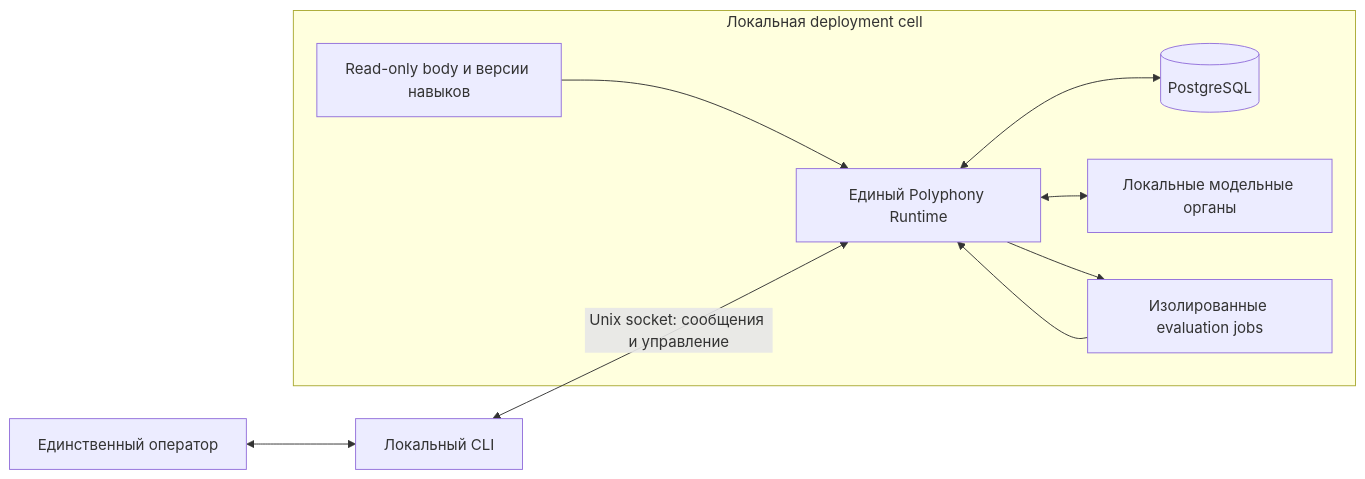
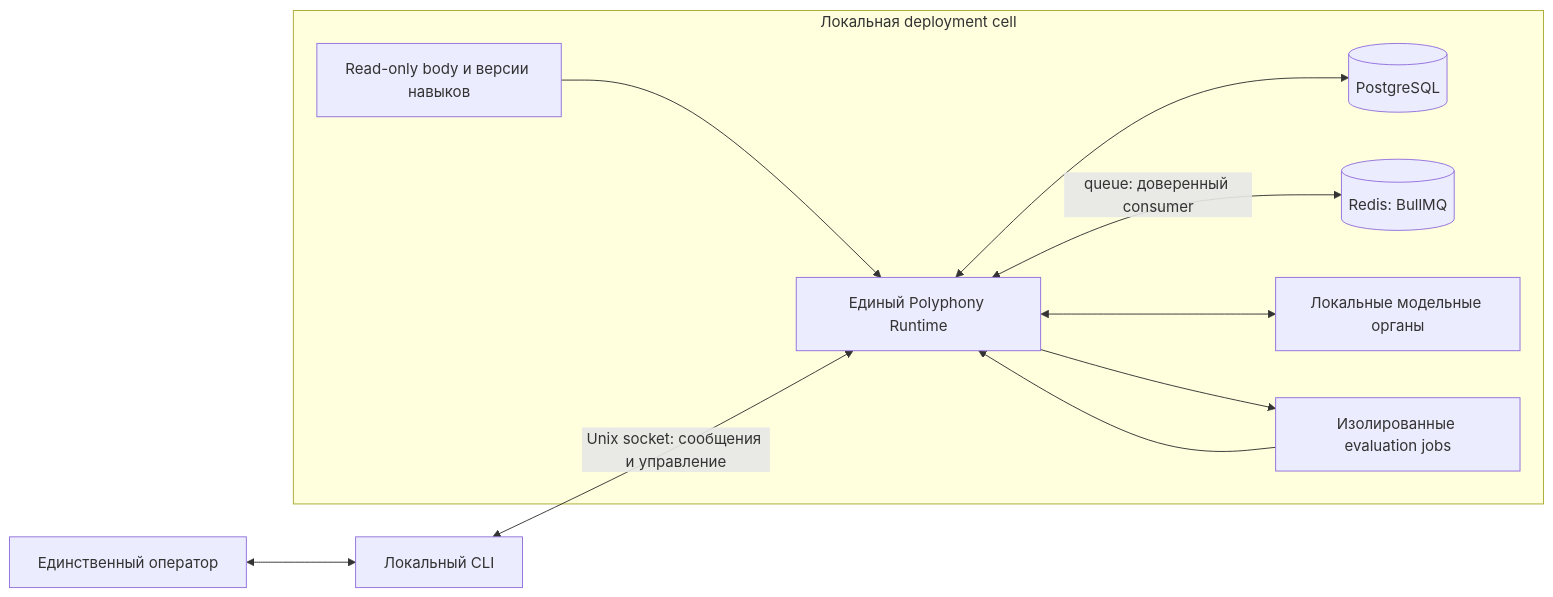
One commit to kostysh/yaagi changed the first of 3 diagrams in docs/architecture.md. Above: the diagram before and after it, drawn with Mermaid. The commit also changed other lines of this file and 7 other files, not shown here.

Commit message:
docs(architecture): 📝 define state, queues and infrastructure

````diff
--- a/docs/architecture.md
+++ b/docs/architecture.md
@@ -27,17 +29,19 @@
 ```mermaid
 flowchart LR
     Operator[Единственный оператор] <--> CLI[Локальный CLI]
     subgraph Cell[Локальная deployment cell]
         Runtime[Единый Polyphony Runtime]
         DB[(PostgreSQL)]
+        Redis[(Redis: BullMQ)]
         Models[Локальные модельные органы]
         Jobs[Изолированные evaluation jobs]
         Body[Read-only body и версии навыков]
         Runtime <--> DB
+        Runtime <-->|queue: доверенный consumer| Redis
         Runtime <--> Models
         Runtime --> Jobs
         Jobs --> Runtime
         Body --> Runtime
     end
     CLI <-->|Unix socket: сообщения и управление| Runtime
 ```
````
